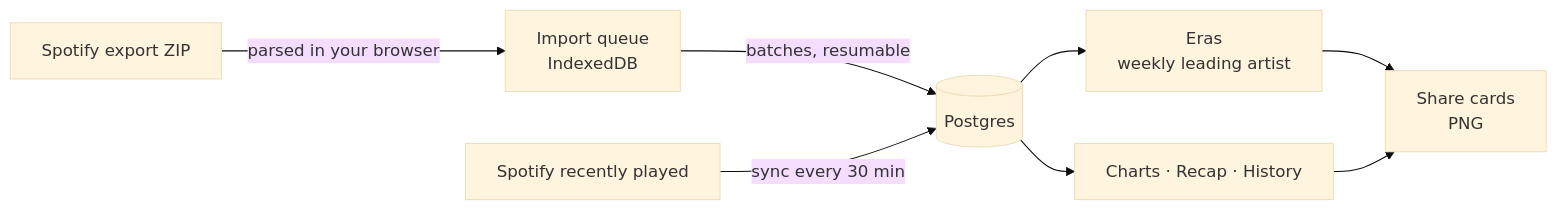
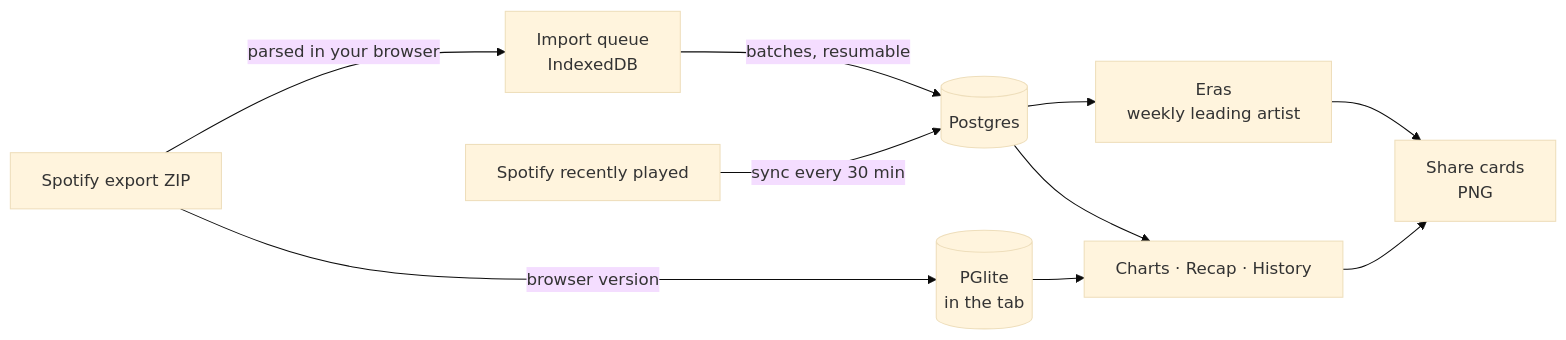
Before and after one commit to Tiebe-Vaes/vinylytics: the diagram in README.md, drawn with Mermaid (base theme). The commit also changed other lines of this file, not shown here.

First line of the commit message:
docs: lead the README with the browser version

````diff
--- a/README.md
+++ b/README.md
@@ -244,10 +266,12 @@
 ```mermaid
 flowchart LR
   A[Spotify export ZIP] -->|parsed in your browser| B[Import queue<br/>IndexedDB]
   B -->|batches, resumable| D[(Postgres)]
   C[Spotify recently played] -->|sync every 30 min| D
+  A -->|browser version| P[(PGlite<br/>in the tab)]
+  P --> F
   D --> E[Eras<br/>weekly leading artist]
   D --> F[Charts · Recap · History]
   E --> G[Share cards<br/>PNG]
   F --> G
 ```
````
